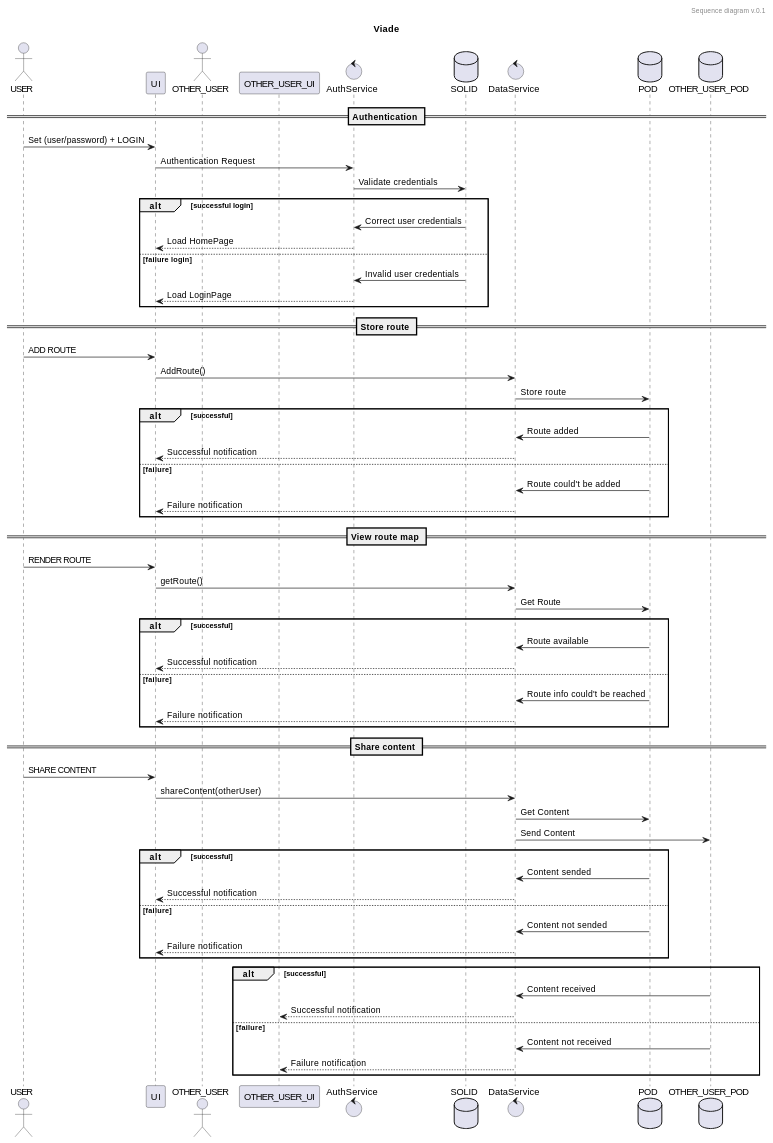
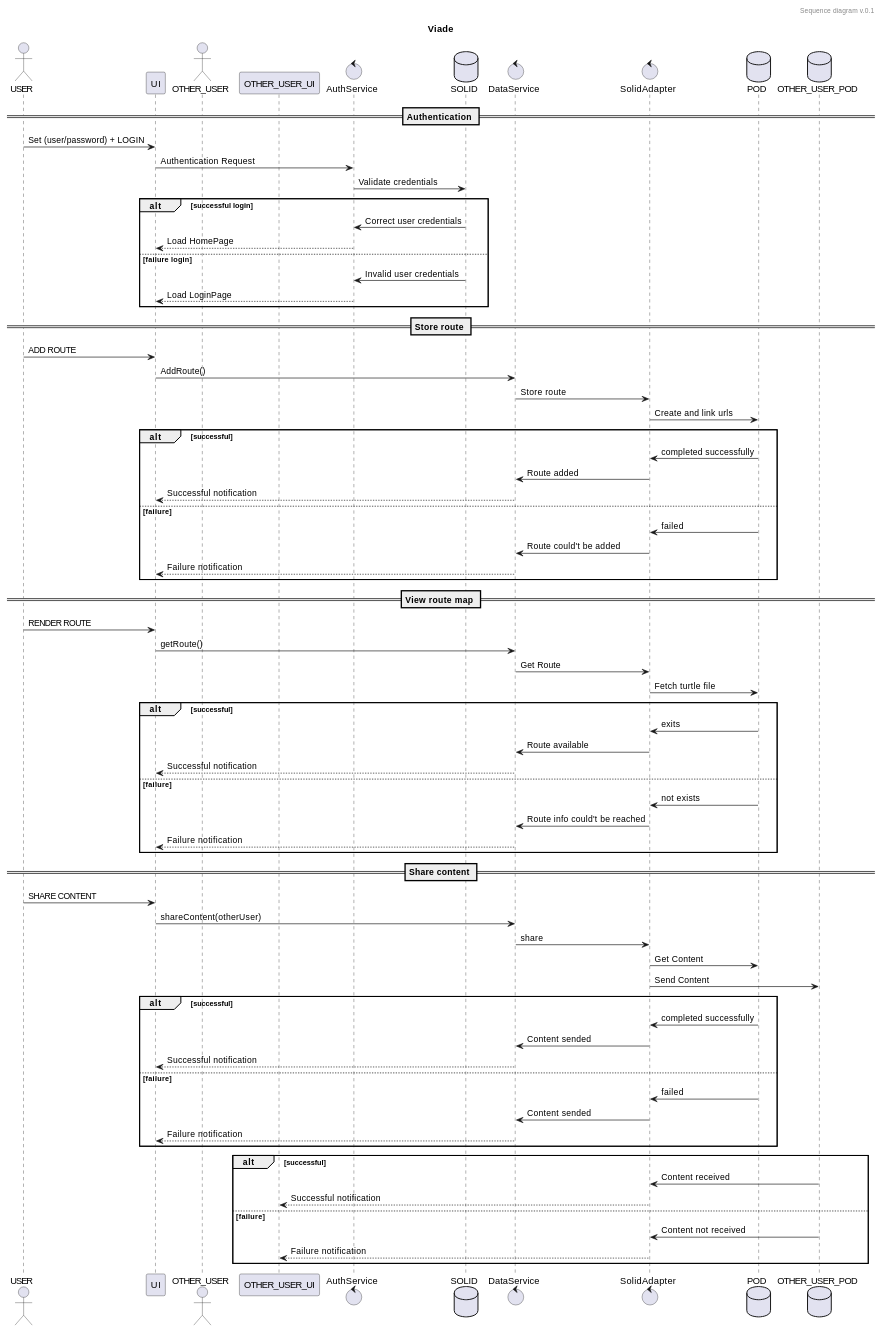
The diagram in src/docs/06_runtime_view.adoc (luishurle94/viade_es5a), drawn with PlantUML before and after one commit. The commit also changed 3 other files, not shown here.

```diff
--- a/src/docs/06_runtime_view.adoc
+++ b/src/docs/06_runtime_view.adoc
@@ -12,6 +12,7 @@
 control AuthService
 database SOLID
 control DataService
+control SolidAdapter
 database POD
 database OTHER_USER_POD
 
@@ -34,14 +35,17 @@
 
 USER -> UI: ADD ROUTE
 UI -> DataService: AddRoute()
-DataService -> POD: Store route
+DataService -> SolidAdapter: Store route
+SolidAdapter -> POD: Create and link urls
 
 alt successful	
-	POD -> DataService: Route added
+	POD -> SolidAdapter: completed successfully
+	SolidAdapter -> DataService: Route added
 	DataService --> UI: Successful notification
 
 else failure
-	POD -> DataService: Route could't be added
+	POD -> SolidAdapter: failed
+	SolidAdapter -> DataService: Route could't be added
 	DataService --> UI: Failure notification
 	end
 
@@ -49,14 +53,17 @@
 
 USER -> UI: RENDER ROUTE
 UI -> DataService: getRoute()
-DataService -> POD: Get Route
+DataService -> SolidAdapter: Get Route
+SolidAdapter -> POD:Fetch turtle file
 
 alt successful	
-	POD -> DataService: Route available
+	POD -> SolidAdapter: exits
+	SolidAdapter -> DataService: Route available
 	DataService --> UI: Successful notification
 
 else failure
-	POD -> DataService: Route info could't be reached
+	POD -> SolidAdapter: not exists
+	SolidAdapter -> DataService: Route info could't be reached
 	DataService --> UI: Failure notification
 	end
 
@@ -64,26 +71,29 @@
 
 USER -> UI: SHARE CONTENT
 UI -> DataService: shareContent(otherUser)
-DataService -> POD: Get Content
-DataService -> OTHER_USER_POD: Send Content
+DataService -> SolidAdapter: share
+SolidAdapter -> POD: Get Content
+SolidAdapter -> OTHER_USER_POD: Send Content
 
 alt successful	
-	POD -> DataService: Content sended
+	POD -> SolidAdapter: completed successfully
+	SolidAdapter -> DataService: Content sended
 	DataService --> UI: Successful notification
 
 else failure
-	POD -> DataService: Content not sended
+	POD -> SolidAdapter: failed
+	SolidAdapter -> DataService: Content sended
 	DataService --> UI: Failure notification
 	end
 
 
 
 alt successful	
-	OTHER_USER_POD -> DataService: Content received
-	DataService --> OTHER_USER_UI: Successful notification
+	OTHER_USER_POD -> SolidAdapter: Content received
+	SolidAdapter --> OTHER_USER_UI: Successful notification
 
 else failure
-	OTHER_USER_POD -> DataService: Content not received
-	DataService --> OTHER_USER_UI: Failure notification
+	OTHER_USER_POD -> SolidAdapter: Content not received
+	SolidAdapter --> OTHER_USER_UI: Failure notification
 	end
 ----
```
